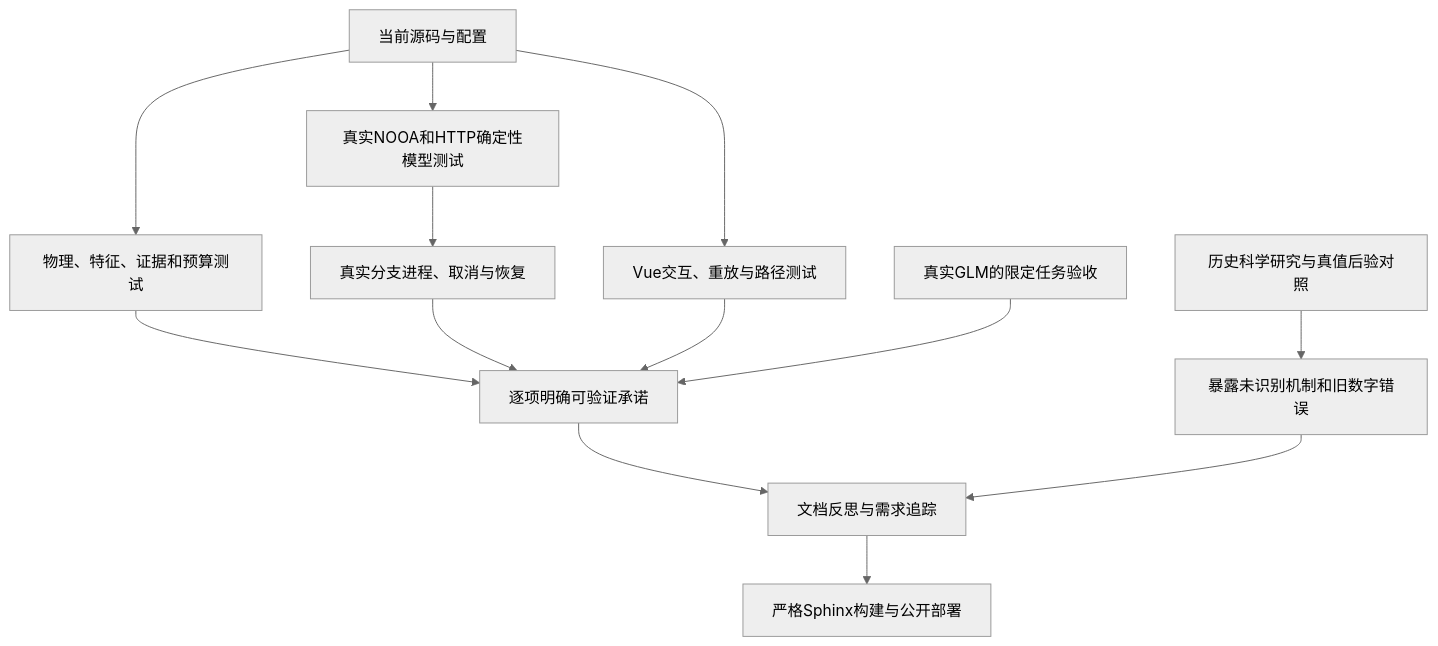
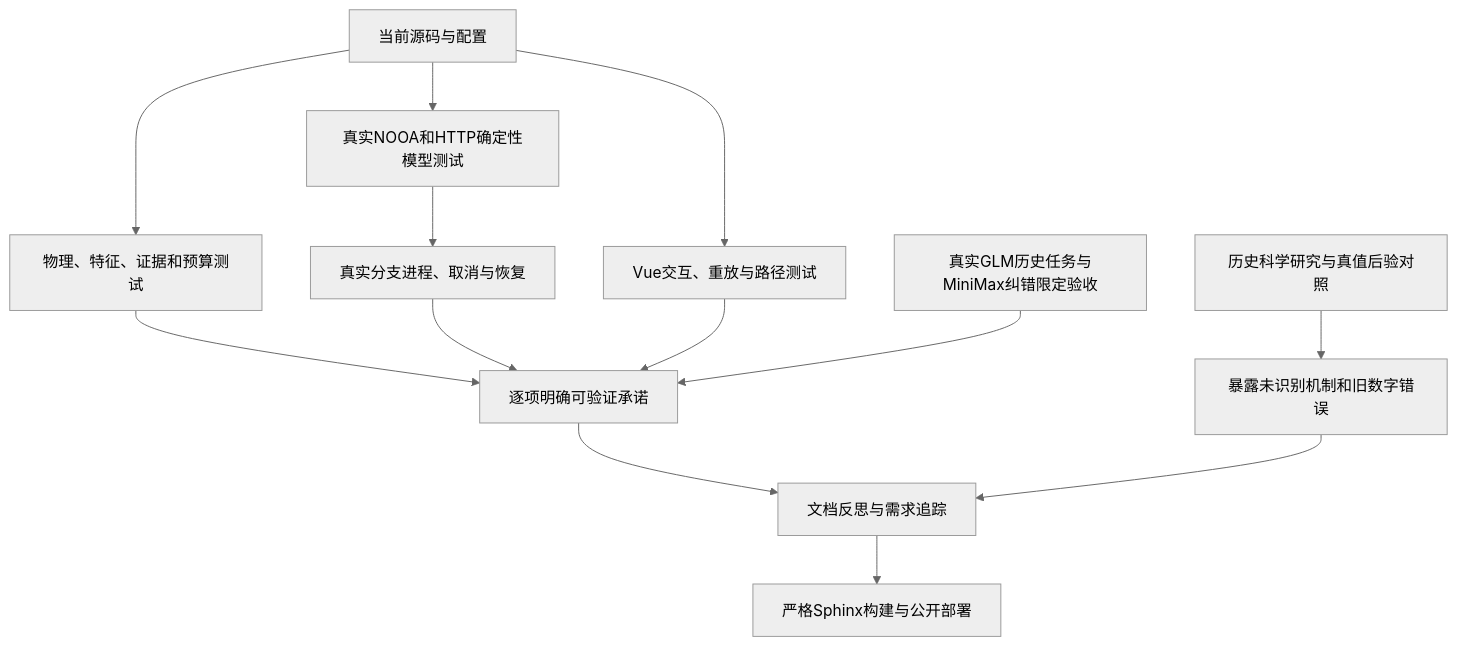
The diagram in docs/sphinx/diagrams/validation.mmd (pty819/nooa-etching-rca), drawn with Mermaid (neutral theme) before and after one commit. The commit also changed 29 other files, not shown here.

```diff
--- a/docs/sphinx/diagrams/validation.mmd
+++ b/docs/sphinx/diagrams/validation.mmd
@@ -1,13 +1,13 @@
 flowchart TB
   CODE[当前源码与配置] --> UNIT[物理、特征、证据和预算测试]
   CODE --> INTEG[真实NOOA和HTTP确定性模型测试]
   INTEG --> PROC[真实分支进程、取消与恢复]
   CODE --> UI[Vue交互、重放与路径测试]
   UNIT --> CLAIM[逐项明确可验证承诺]
   PROC --> CLAIM
   UI --> CLAIM
-  LIVE[真实GLM的限定任务验收] --> CLAIM
+  LIVE[真实GLM历史任务与MiniMax纠错限定验收] --> CLAIM
   SCI[历史科学研究与真值后验对照] --> LIMIT[暴露未识别机制和旧数字错误]
   CLAIM --> REVIEW[文档反思与需求追踪]
   LIMIT --> REVIEW
   REVIEW --> PUB[严格Sphinx构建与公开部署]
```
